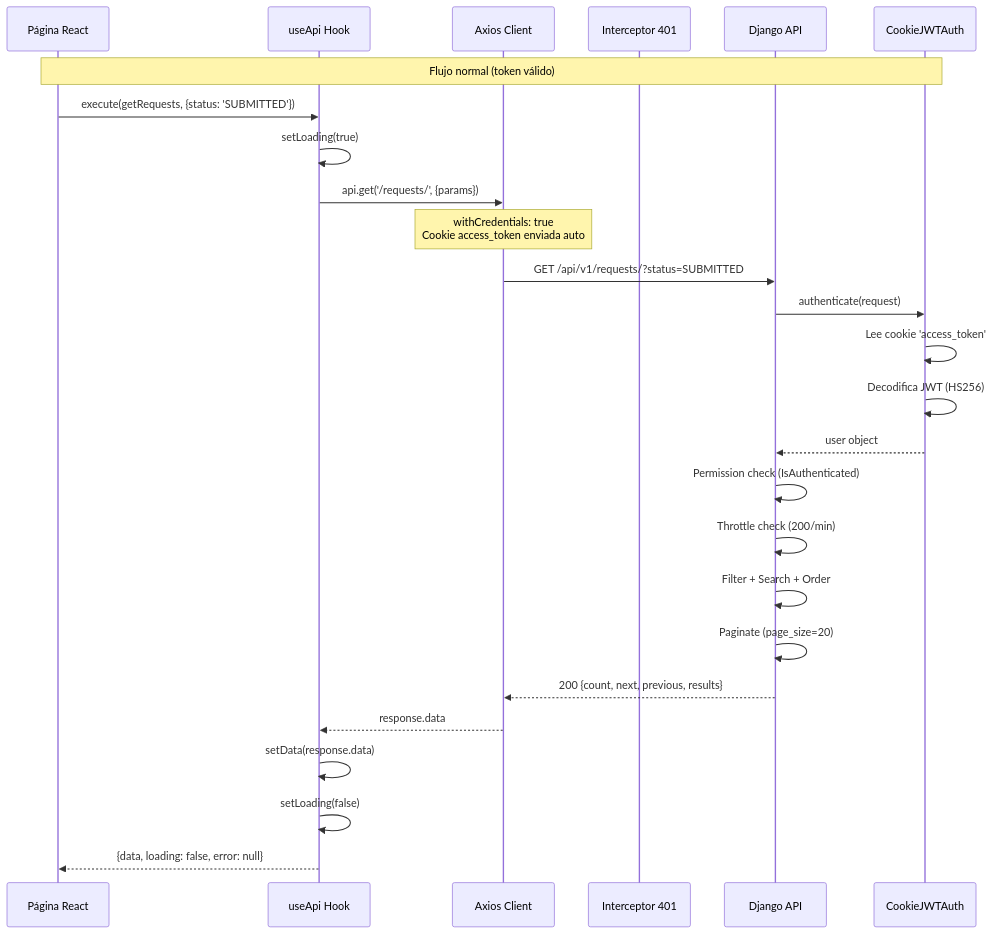
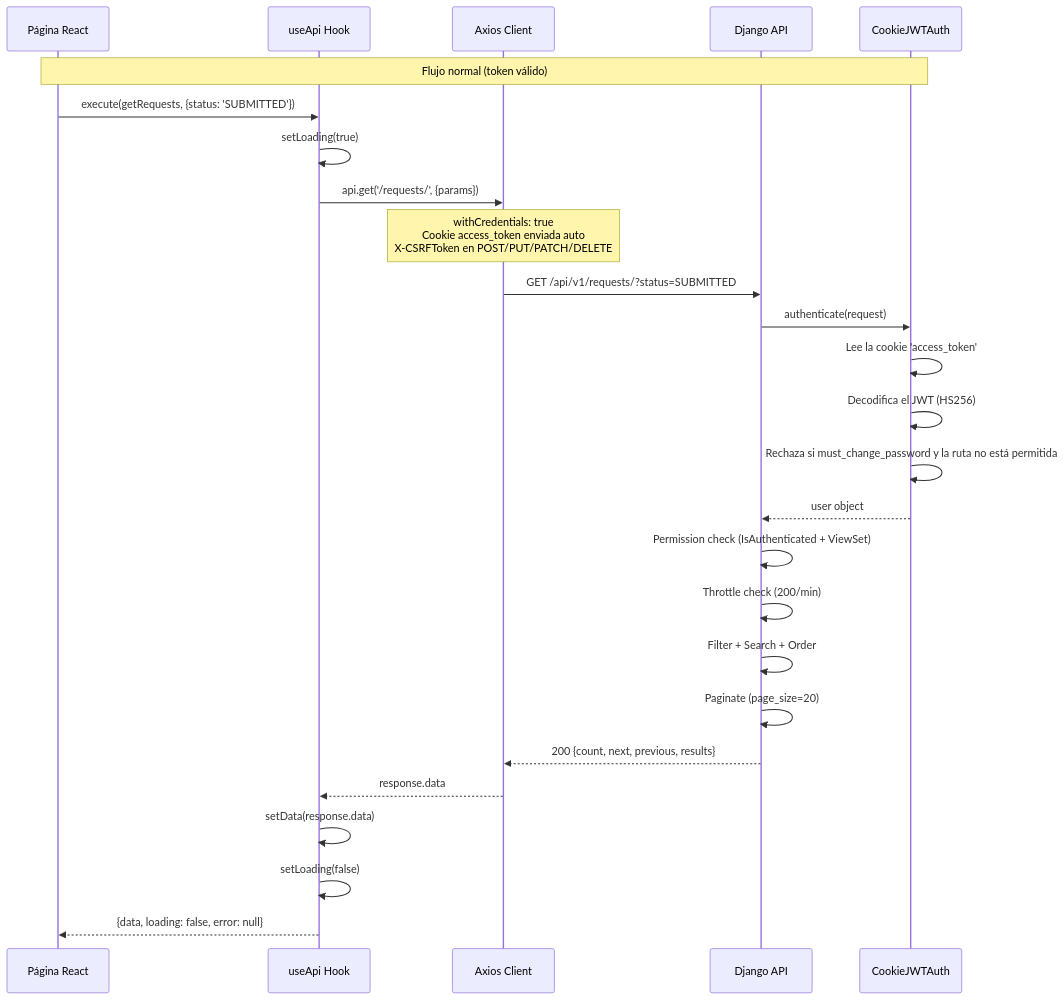
The sixth of 19 diagrams in docs/03_Arquitectura_Bajo_Nivel.md (pccpegit/SYSPCCLOG), drawn with Mermaid before and after one commit. The commit also changed other lines of this file and 42 other files, not shown here.

````diff
--- a/docs/03_Arquitectura_Bajo_Nivel.md
+++ b/docs/03_Arquitectura_Bajo_Nivel.md
@@ -380,29 +518,29 @@
 ```mermaid
 sequenceDiagram
     participant PG as Página React
     participant HOOK as useApi Hook
     participant AX as Axios Client
-    participant INT as Interceptor 401
     participant API as Django API
     participant JWT as CookieJWTAuth
 
     Note over PG,JWT: Flujo normal (token válido)
     PG->>HOOK: execute(getRequests, {status: 'SUBMITTED'})
     HOOK->>HOOK: setLoading(true)
     HOOK->>AX: api.get('/requests/', {params})
-    Note over AX: withCredentials: true<br/>Cookie access_token enviada auto
+    Note over AX: withCredentials: true<br/>Cookie access_token enviada auto<br/>X-CSRFToken en POST/PUT/PATCH/DELETE
     AX->>API: GET /api/v1/requests/?status=SUBMITTED
     API->>JWT: authenticate(request)
-    JWT->>JWT: Lee cookie 'access_token'
-    JWT->>JWT: Decodifica JWT (HS256)
+    JWT->>JWT: Lee la cookie 'access_token'
+    JWT->>JWT: Decodifica el JWT (HS256)
+    JWT->>JWT: Rechaza si must_change_password y la ruta no está permitida
     JWT-->>API: user object
-    API->>API: Permission check (IsAuthenticated)
+    API->>API: Permission check (IsAuthenticated + ViewSet)
     API->>API: Throttle check (200/min)
     API->>API: Filter + Search + Order
     API->>API: Paginate (page_size=20)
     API-->>AX: 200 {count, next, previous, results}
     AX-->>HOOK: response.data
     HOOK->>HOOK: setData(response.data)
     HOOK->>HOOK: setLoading(false)
     HOOK-->>PG: {data, loading: false, error: null}
 ```
````
